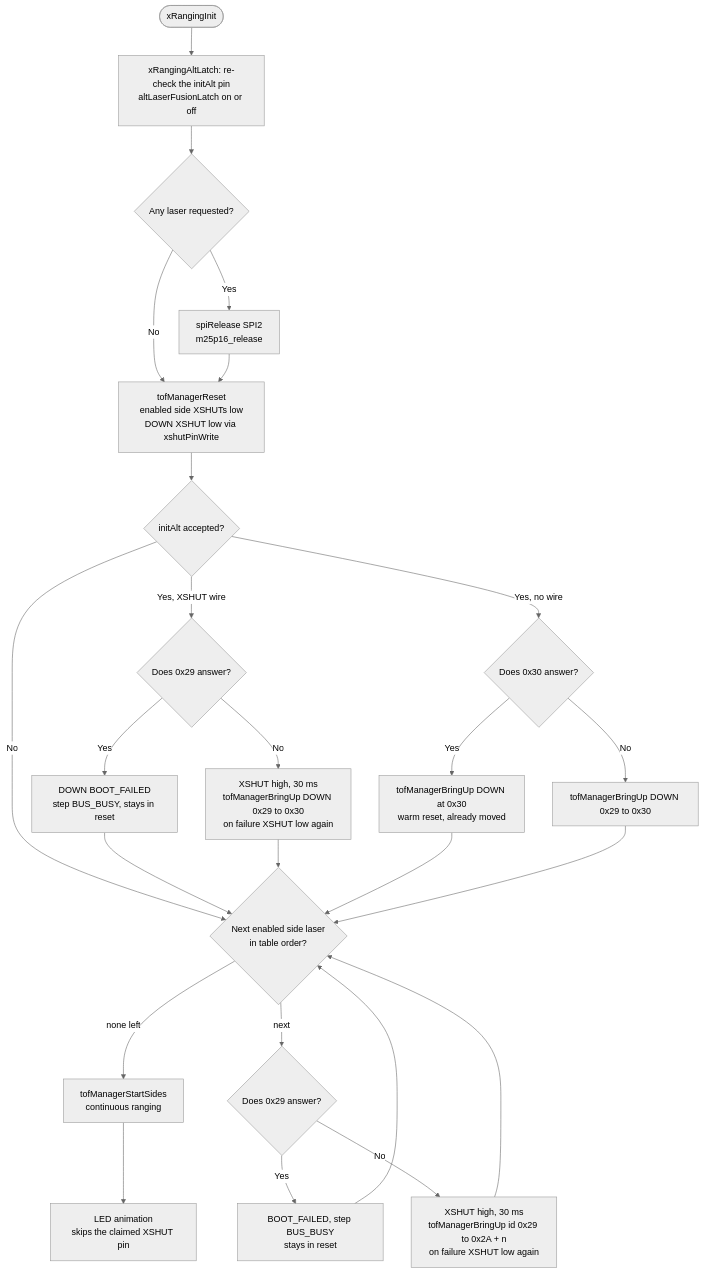
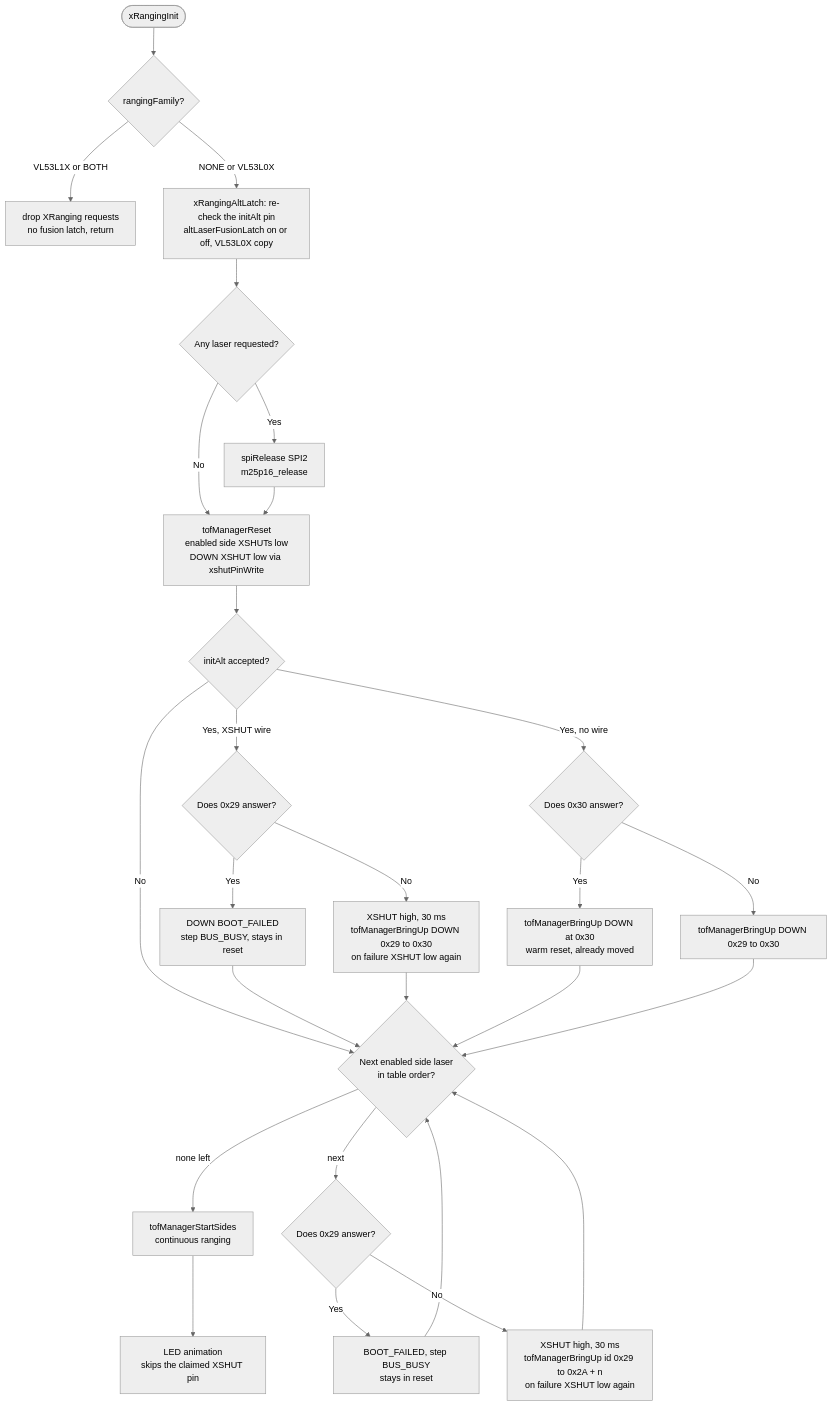
One commit to DronaAviation/MagisV2 changed the second of 3 diagrams in docs/fw-development-reference/fw-architecture-pipeline/subsystems/Main_Initialization.md. Above: the diagram before and after it, drawn with Mermaid (neutral theme). The commit also changed other lines of this file and 51 other files, not shown here.

````diff
--- a/docs/fw-development-reference/fw-architecture-pipeline/subsystems/Main_Initialization.md
+++ b/docs/fw-development-reference/fw-architecture-pipeline/subsystems/Main_Initialization.md
@@ -77,30 +84,32 @@
 ```mermaid
 flowchart TD
-    XR([xRangingInit]) --> Latch[xRangingAltLatch: re-check the initAlt pin<br/>altLaserFusionLatch on or off]
+    XR([xRangingInit]) --> FamX{rangingFamily?}
+    FamX -- VL53L1X or BOTH --> DropX[drop XRanging requests<br/>no fusion latch, return]
+    FamX -- NONE or VL53L0X --> Latch[xRangingAltLatch: re-check the initAlt pin<br/>altLaserFusionLatch on or off, VL53L0X copy]
     Latch --> Used{Any laser requested?}
     Used -- Yes --> Rel[spiRelease SPI2<br/>m25p16_release]
     Used -- No --> Reset
     Rel --> Reset[tofManagerReset<br/>enabled side XSHUTs low<br/>DOWN XSHUT low via xshutPinWrite]
 
     Reset --> AltOn{initAlt accepted?}
     AltOn -- No --> Side
     AltOn -- Yes, XSHUT wire --> Busy1{Does 0x29 answer?}
     Busy1 -- Yes --> BF1[DOWN BOOT_FAILED<br/>step BUS_BUSY, stays in reset]
     Busy1 -- No --> DW[XSHUT high, 30 ms<br/>tofManagerBringUp DOWN 0x29 to 0x30<br/>on failure XSHUT low again]
     AltOn -- Yes, no wire --> P30{Does 0x30 answer?}
     P30 -- Yes --> DWarm[tofManagerBringUp DOWN at 0x30<br/>warm reset, already moved]
     P30 -- No --> DCold[tofManagerBringUp DOWN 0x29 to 0x30]
     BF1 --> Side
     DW --> Side
     DWarm --> Side
     DCold --> Side
 
     Side{Next enabled side laser<br/>in table order?} -- none left --> StartS
     Side -- next --> Busy2{Does 0x29 answer?}
     Busy2 -- Yes --> BF2[BOOT_FAILED, step BUS_BUSY<br/>stays in reset]
     Busy2 -- No --> SW[XSHUT high, 30 ms<br/>tofManagerBringUp id 0x29 to 0x2A + n<br/>on failure XSHUT low again]
     BF2 --> Side
     SW --> Side
 
     StartS[tofManagerStartSides<br/>continuous ranging] --> Anim[LED animation<br/>skips the claimed XSHUT pin]
 ```
````
